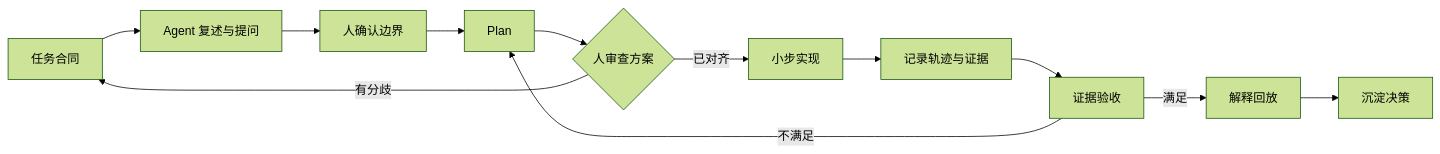
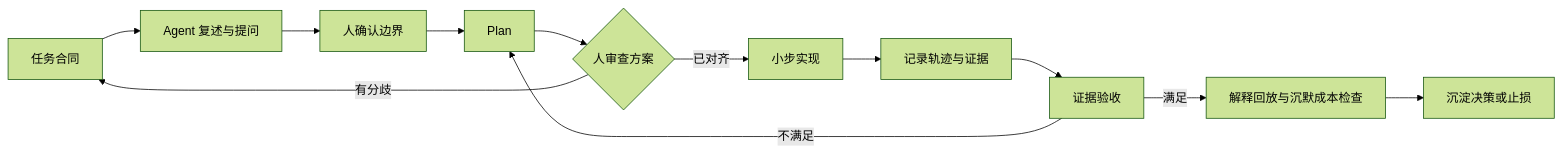
Before and after one commit to huangdi614/huangdi614.github.io: the second of 2 diagrams in _posts/2026-10-28-vibe-coding时如何缓解与agent的认知偏差.md, drawn with Mermaid (forest theme). The commit also changed other lines of this file and 1 other file, not shown here.

````diff
--- a/_posts/2026-10-28-vibe-coding时如何缓解与agent的认知偏差.md
+++ b/_posts/2026-10-28-vibe-coding时如何缓解与agent的认知偏差.md
@@ -230,14 +252,14 @@
 ```mermaid
 flowchart LR
     A[任务合同] --> B[Agent 复述与提问]
     B --> C[人确认边界]
     C --> D[Plan]
     D --> E{人审查方案}
     E -- 有分歧 --> A
     E -- 已对齐 --> F[小步实现]
     F --> O[记录轨迹与证据]
     O --> G[证据验收]
     G -- 不满足 --> D
-    G -- 满足 --> H[解释回放]
-    H --> I[沉淀决策]
+    G -- 满足 --> H[解释回放与沉默成本检查]
+    H --> I[沉淀决策或止损]
 ```
````
